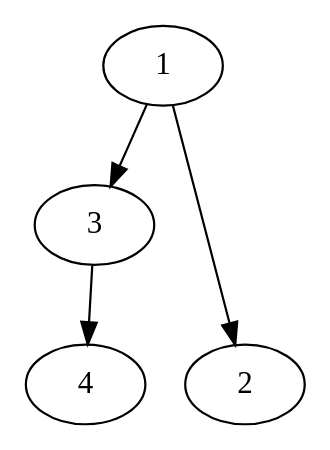
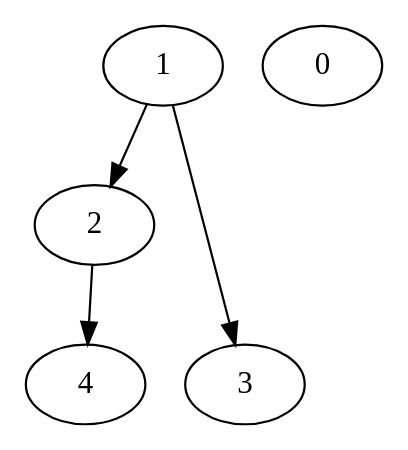
One commit to mkdtemplar/SimpleProblems changed the diagram in Intermediate/04-DOT-representation-graph/my-graph.gv. Above: the diagram before and after it, drawn with Graphviz. The commit also changed 11 other files, not shown here.

```diff
--- a/Intermediate/04-DOT-representation-graph/my-graph.gv
+++ b/Intermediate/04-DOT-representation-graph/my-graph.gv
@@ -1,18 +1,20 @@
 strict digraph {
 
 
+	"1" [  weight=0 ];
+
+	"1" -> "2" [  weight=0 ];
+
+	"1" -> "3" [  weight=0 ];
+
+	"2" [  weight=0 ];
+
+	"2" -> "4" [  weight=0 ];
+
 	"3" [  weight=0 ];
-
-	"3" -> "4" [  weight=0 ];
 
 	"4" [  weight=0 ];
 
-	"1" [  weight=0 ];
-
-	"1" -> "3" [  weight=0 ];
-
-	"1" -> "2" [  weight=0 ];
-
-	"2" [  weight=0 ];
+	"0" [  weight=0 ];
 
 }
```
